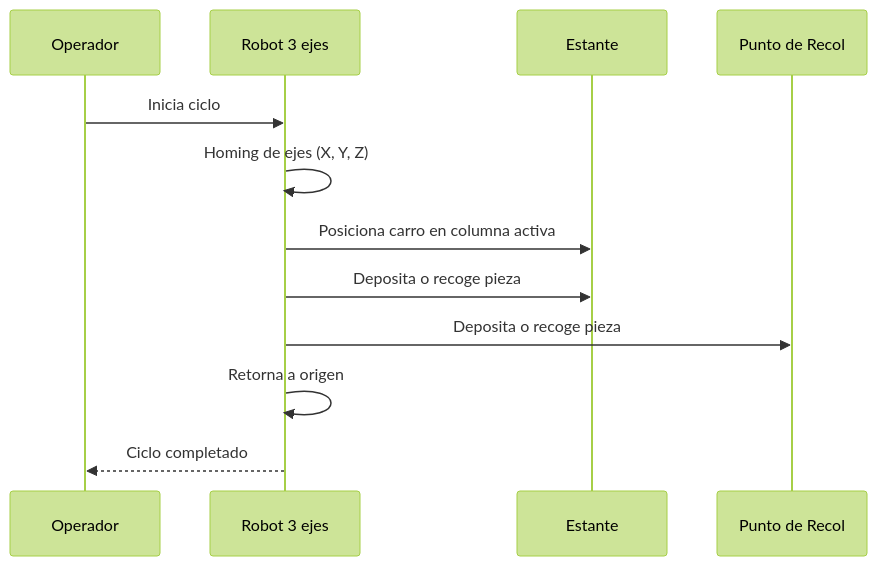
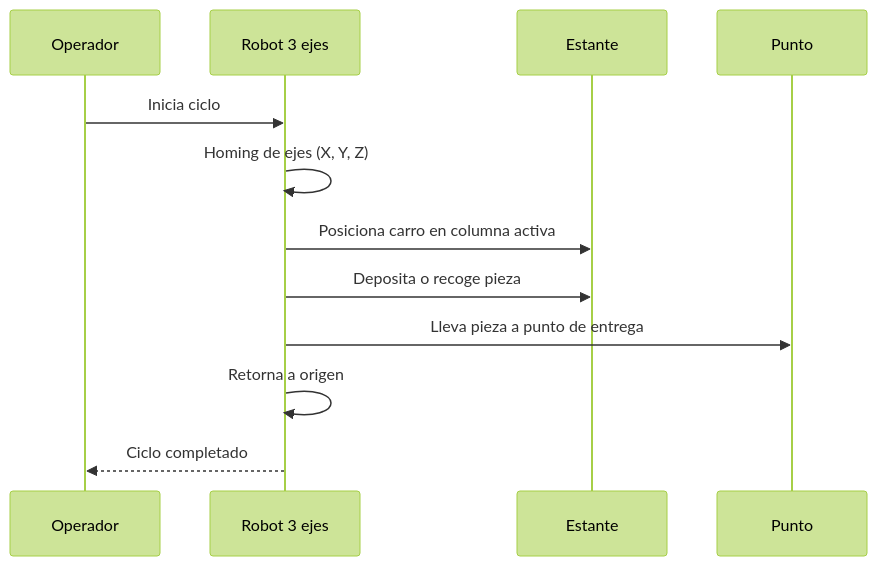
One commit to SB-312/Proyecto-Intermedio-IIoT changed the second of 4 diagrams in README.md. Above: the diagram before and after it, drawn with Mermaid (forest theme). The commit also changed other lines of this file, not shown here.

````diff
--- a/README.md
+++ b/README.md
@@ -105,14 +113,14 @@
 ```mermaid
 sequenceDiagram
     participant Operador
     participant Robot as Robot 3 ejes
     participant Estante
 
     Operador->>Robot: Inicia ciclo
     Robot->>Robot: Homing de ejes (X, Y, Z)
     Robot->>Estante: Posiciona carro en columna activa
     Robot->>Estante: Deposita o recoge pieza
-    Robot->>Punto de Recol: Deposita o recoge pieza
+    Robot->>Punto: Lleva pieza a punto de entrega
     Robot->>Robot: Retorna a origen
     Robot-->>Operador: Ciclo completado
 ```
````
